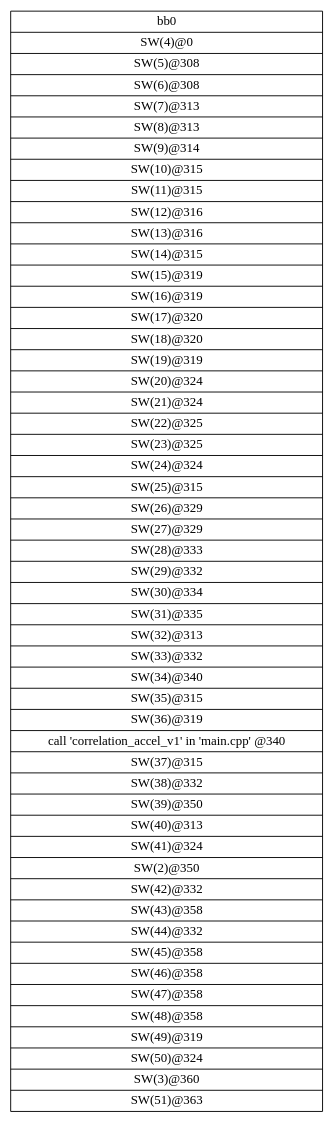
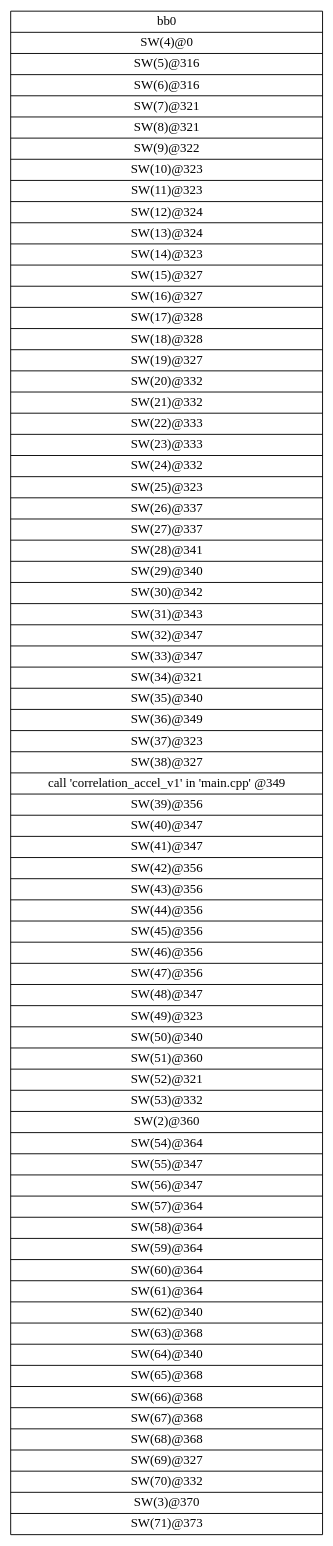
One commit to nguyencanhtrung/SDSoC changed the diagram in workspace/correlation_ver1/correlation_ver1_linux/SDRelease/_sds/.llvm/_px_cdfg_init_main.dot. Above: the diagram before and after it, drawn with Graphviz. The commit also changed 727 other files, not shown here.

```diff
--- a/workspace/correlation_ver1/correlation_ver1_linux/SDRelease/_sds/.llvm/_px_cdfg_init_main.dot
+++ b/workspace/correlation_ver1/correlation_ver1_linux/SDRelease/_sds/.llvm/_px_cdfg_init_main.dot
@@ -1,4 +1,4 @@
 digraph CDFG {
 node [shape=record];
-bb0 [shape=record, label = "{bb0|<x0x3cdf6b0>SW(4)@0\n|<x0x3cdf2d0>SW(5)@308\n|<x0x3cdf430>SW(6)@308\n|<x0x3cdf590>SW(7)@313\n|<x0x3c9d7a0>SW(8)@313\n|<x0x3c9d900>SW(9)@314\n|<x0x3c9da60>SW(10)@315\n|<x0x3c9dbc0>SW(11)@315\n|<x0x3c9dd20>SW(12)@316\n|<x0x3c9de90>SW(13)@316\n|<x0x3c9dfc0>SW(14)@315\n|<x0x3c9e120>SW(15)@319\n|<x0x3c9e280>SW(16)@319\n|<x0x3c9e3e0>SW(17)@320\n|<x0x3c9e550>SW(18)@320\n|<x0x3c9e680>SW(19)@319\n|<x0x3c9e7e0>SW(20)@324\n|<x0x3c9e940>SW(21)@324\n|<x0x3c9eaa0>SW(22)@325\n|<x0x3c9ec10>SW(23)@325\n|<x0x3c9ed40>SW(24)@324\n|<x0x3c9eea0>SW(25)@315\n|<x0x3c9f000>SW(26)@329\n|<x0x3c9f130>SW(27)@329\n|<x0x3c9f280>SW(28)@333\n|<x0x3c9f3f0>SW(29)@332\n|<x0x3c9f560>SW(30)@334\n|<x0x3ce0610>SW(31)@335\n|<x0x3ce2790>SW(32)@313\n|<x0x3ce28f0>SW(33)@332\n|<x0x3ce2a60>SW(34)@340\n|<x0x3ce2ba0>SW(35)@315\n|<x0x3ce2d00>SW(36)@319\n|<x0x3c9a160>call 'correlation_accel_v1' in 'main.cpp' @340\n|<x0x3ce2e60>SW(37)@315\n|<x0x3ce2fc0>SW(38)@332\n|<x0x3ce3130>SW(39)@350\n|<x0x3ce3270>SW(40)@313\n|<x0x3ce33d0>SW(41)@324\n|<x0x3c9ad30>SW(2)@350\n|<x0x3ce3530>SW(42)@332\n|<x0x3ce36a0>SW(43)@358\n|<x0x3ce37e0>SW(44)@332\n|<x0x3ce3950>SW(45)@358\n|<x0x3ce3a80>SW(46)@358\n|<x0x3ce3bb0>SW(47)@358\n|<x0x3ce3ce0>SW(48)@358\n|<x0x3ce3e40>SW(49)@319\n|<x0x3ce3fa0>SW(50)@324\n|<x0x3c9acd0>SW(3)@360\n|<x0x3ce4100>SW(51)@363\n}"];
+bb0 [shape=record, label = "{bb0|<x0x3eadf10>SW(4)@0\n|<x0x3eadf90>SW(5)@316\n|<x0x3eae1a0>SW(6)@316\n|<x0x3eafaa0>SW(7)@321\n|<x0x3eafc60>SW(8)@321\n|<x0x3eafe90>SW(9)@322\n|<x0x3eb00c0>SW(10)@323\n|<x0x3eb02f0>SW(11)@323\n|<x0x3eb0520>SW(12)@324\n|<x0x3eb0770>SW(13)@324\n|<x0x3eb0980>SW(14)@323\n|<x0x3eb0bc0>SW(15)@327\n|<x0x3eb0df0>SW(16)@327\n|<x0x3eb1020>SW(17)@328\n|<x0x3eb1270>SW(18)@328\n|<x0x3eb1480>SW(19)@327\n|<x0x3eb16c0>SW(20)@332\n|<x0x3eb18f0>SW(21)@332\n|<x0x3eaaf10>SW(22)@333\n|<x0x3eab160>SW(23)@333\n|<x0x3eab370>SW(24)@332\n|<x0x3eab5b0>SW(25)@323\n|<x0x3eab7e0>SW(26)@337\n|<x0x3eab9f0>SW(27)@337\n|<x0x3eabc10>SW(28)@341\n|<x0x3eabe60>SW(29)@340\n|<x0x3eac0b0>SW(30)@342\n|<x0x3eac320>SW(31)@343\n|<x0x3eac570>SW(32)@347\n|<x0x3eac790>SW(33)@347\n|<x0x3eac9d0>SW(34)@321\n|<x0x3eacc00>SW(35)@340\n|<x0x3eb1bc0>SW(36)@349\n|<x0x3eb1d40>SW(37)@323\n|<x0x3eb1f70>SW(38)@327\n|<x0x3ea7770>call 'correlation_accel_v1' in 'main.cpp' @349\n|<x0x3eb21c0>SW(39)@356\n|<x0x3eb23e0>SW(40)@347\n|<x0x3eb2620>SW(41)@347\n|<x0x3eb2850>SW(42)@356\n|<x0x3eb2a60>SW(43)@356\n|<x0x3eb2c70>SW(44)@356\n|<x0x3eb2e80>SW(45)@356\n|<x0x3eb3090>SW(46)@356\n|<x0x3eb32f0>SW(47)@356\n|<x0x3eb3510>SW(48)@347\n|<x0x3eb3750>SW(49)@323\n|<x0x3eb3980>SW(50)@340\n|<x0x3eb3bd0>SW(51)@360\n|<x0x3eb3df0>SW(52)@321\n|<x0x3eb4020>SW(53)@332\n|<x0x3eaad80>SW(2)@360\n|<x0x3eb4270>SW(54)@364\n|<x0x3eb4490>SW(55)@347\n|<x0x3eb46d0>SW(56)@347\n|<x0x3eb4900>SW(57)@364\n|<x0x3eb4b10>SW(58)@364\n|<x0x3eb4d20>SW(59)@364\n|<x0x3eb4f30>SW(60)@364\n|<x0x3eb5140>SW(61)@364\n|<x0x3eb53a0>SW(62)@340\n|<x0x3eb55f0>SW(63)@368\n|<x0x3eb5810>SW(64)@340\n|<x0x3eb5a60>SW(65)@368\n|<x0x3eb5d20>SW(66)@368\n|<x0x3eb5e90>SW(67)@368\n|<x0x3eb60a0>SW(68)@368\n|<x0x3eb62e0>SW(69)@327\n|<x0x3eb6510>SW(70)@332\n|<x0x3eaac70>SW(3)@370\n|<x0x3eb6760>SW(71)@373\n}"];
 }
```
